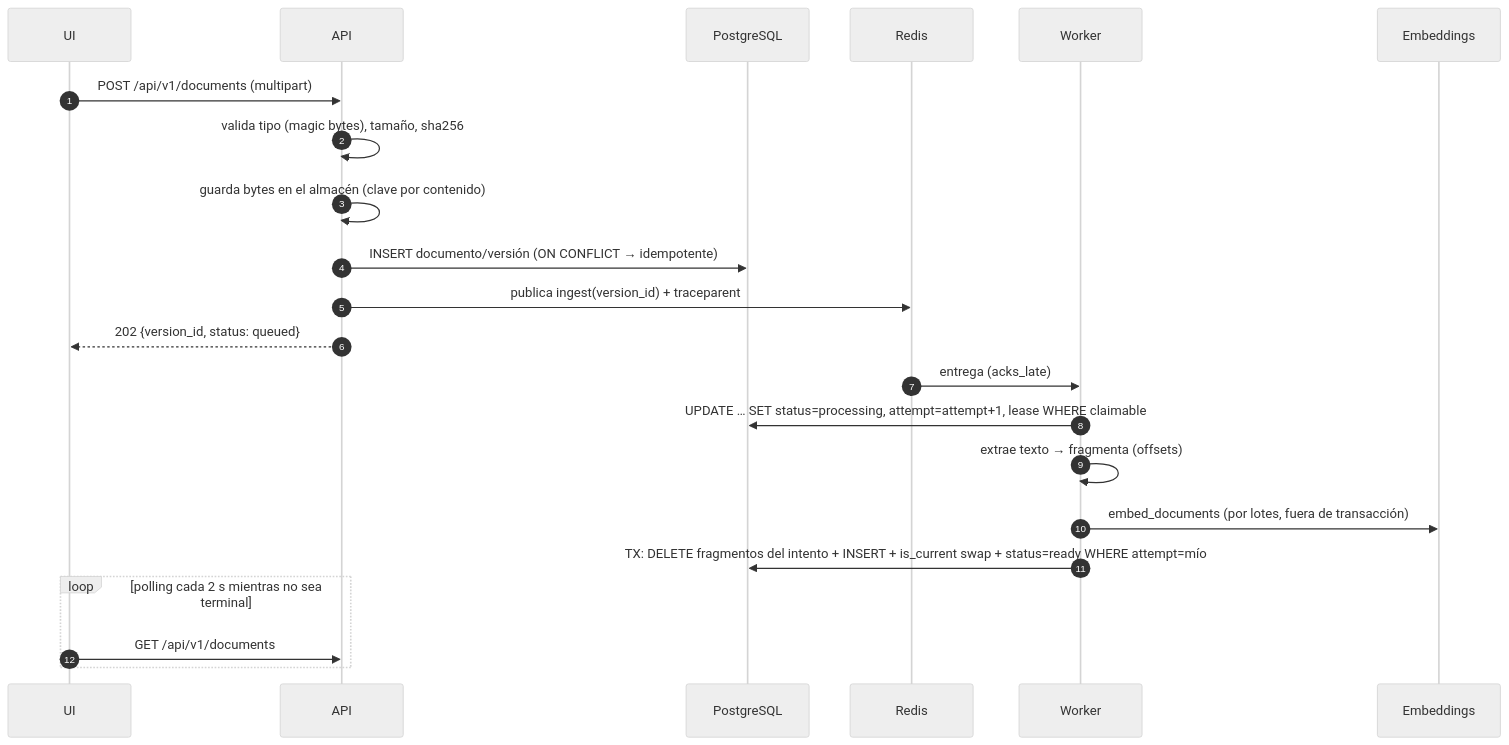
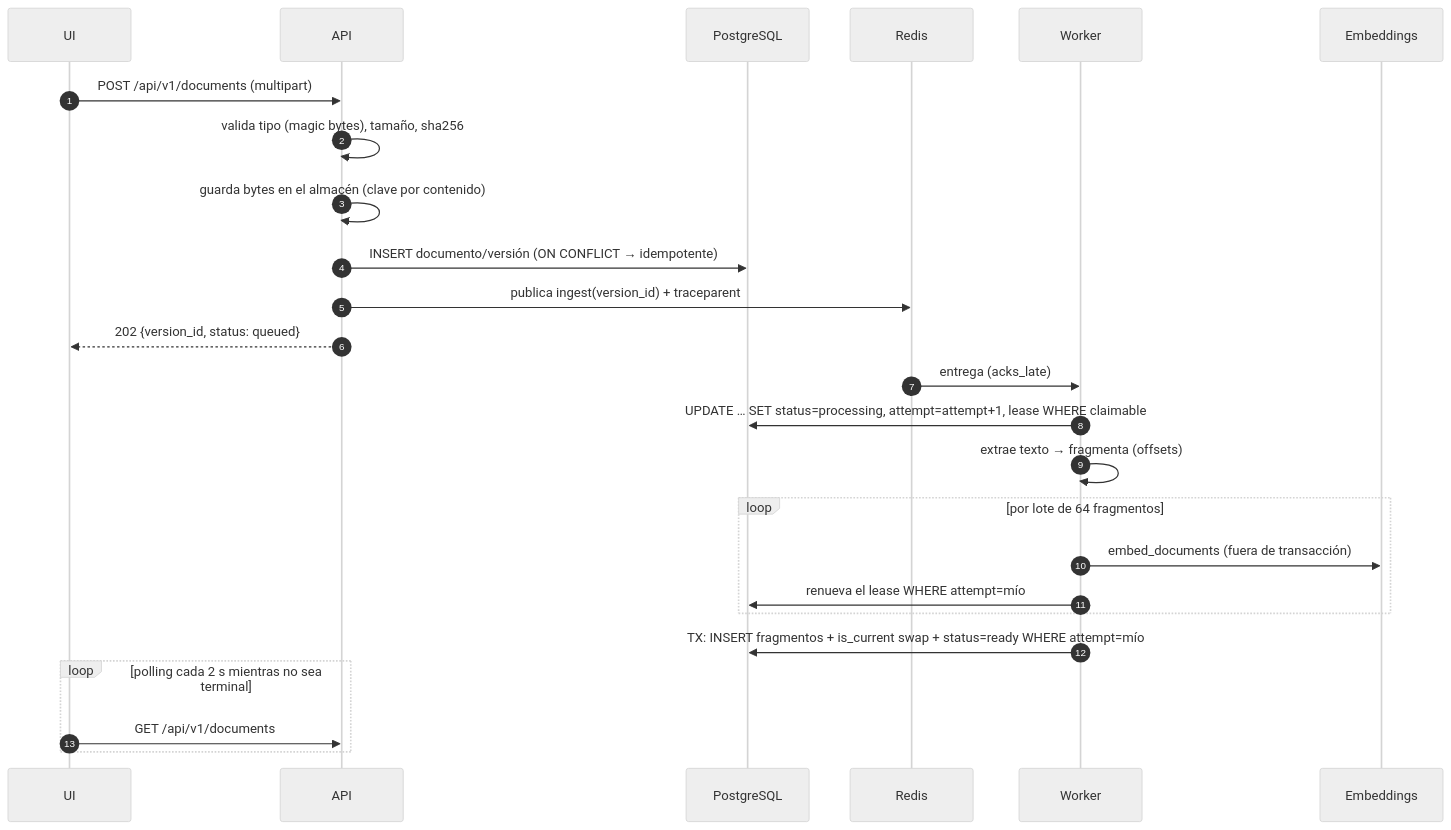
One commit to alayoalex/NorteLegalRAG changed the fifth of 6 diagrams in docs/architecture.md. Above: the diagram before and after it, drawn with Mermaid (neutral theme). The commit also changed other lines of this file and 34 other files, not shown here.

````diff
--- a/docs/architecture.md
+++ b/docs/architecture.md
@@ -119,24 +124,27 @@
 ```mermaid
 sequenceDiagram
     autonumber
     participant UI
     participant API
     participant PG as PostgreSQL
     participant R as Redis
     participant W as Worker
     participant E as Embeddings
     UI->>API: POST /api/v1/documents (multipart)
     API->>API: valida tipo (magic bytes), tamaño, sha256
     API->>API: guarda bytes en el almacén (clave por contenido)
     API->>PG: INSERT documento/versión (ON CONFLICT → idempotente)
     API->>R: publica ingest(version_id) + traceparent
     API-->>UI: 202 {version_id, status: queued}
     R->>W: entrega (acks_late)
     W->>PG: UPDATE … SET status=processing, attempt=attempt+1, lease WHERE claimable
     W->>W: extrae texto → fragmenta (offsets)
-    W->>E: embed_documents (por lotes, fuera de transacción)
-    W->>PG: TX: DELETE fragmentos del intento + INSERT + is_current swap + status=ready WHERE attempt=mío
+    loop por lote de 64 fragmentos
+        W->>E: embed_documents (fuera de transacción)
+        W->>PG: renueva el lease WHERE attempt=mío
+    end
+    W->>PG: TX: INSERT fragmentos + is_current swap + status=ready WHERE attempt=mío
     loop polling cada 2 s mientras no sea terminal
         UI->>API: GET /api/v1/documents
     end
 ```
````
